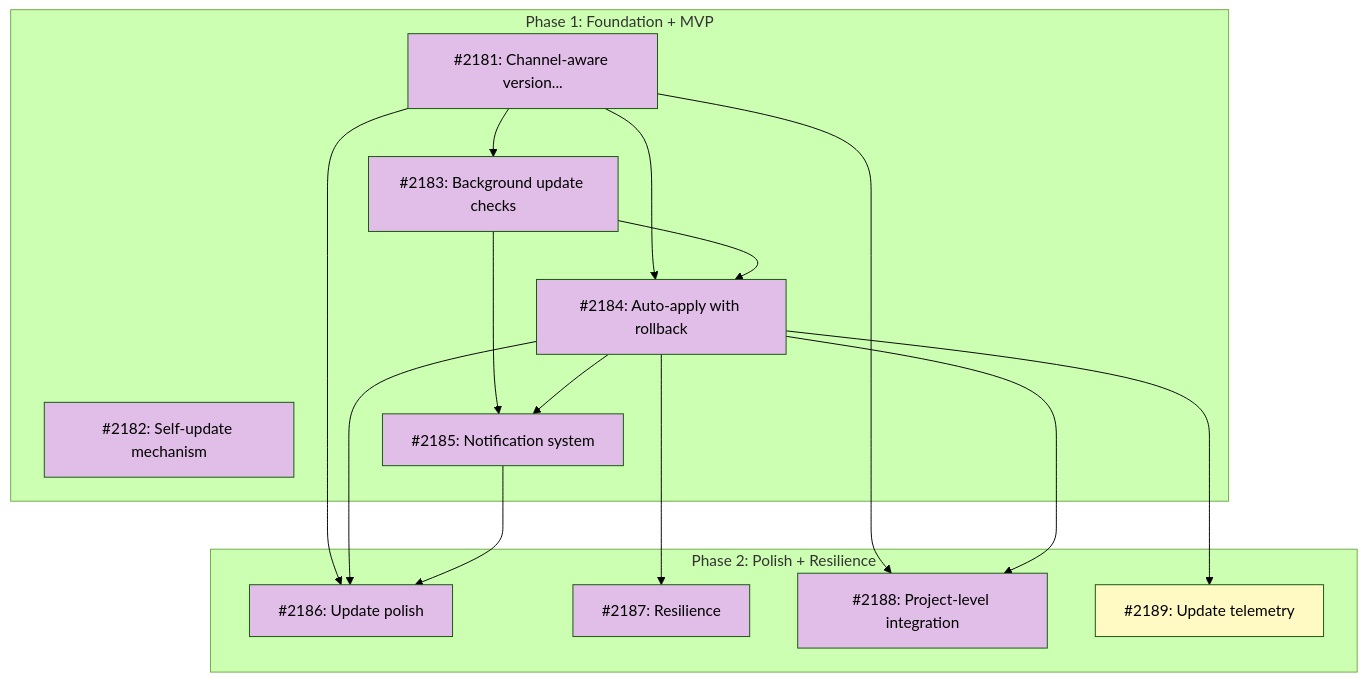
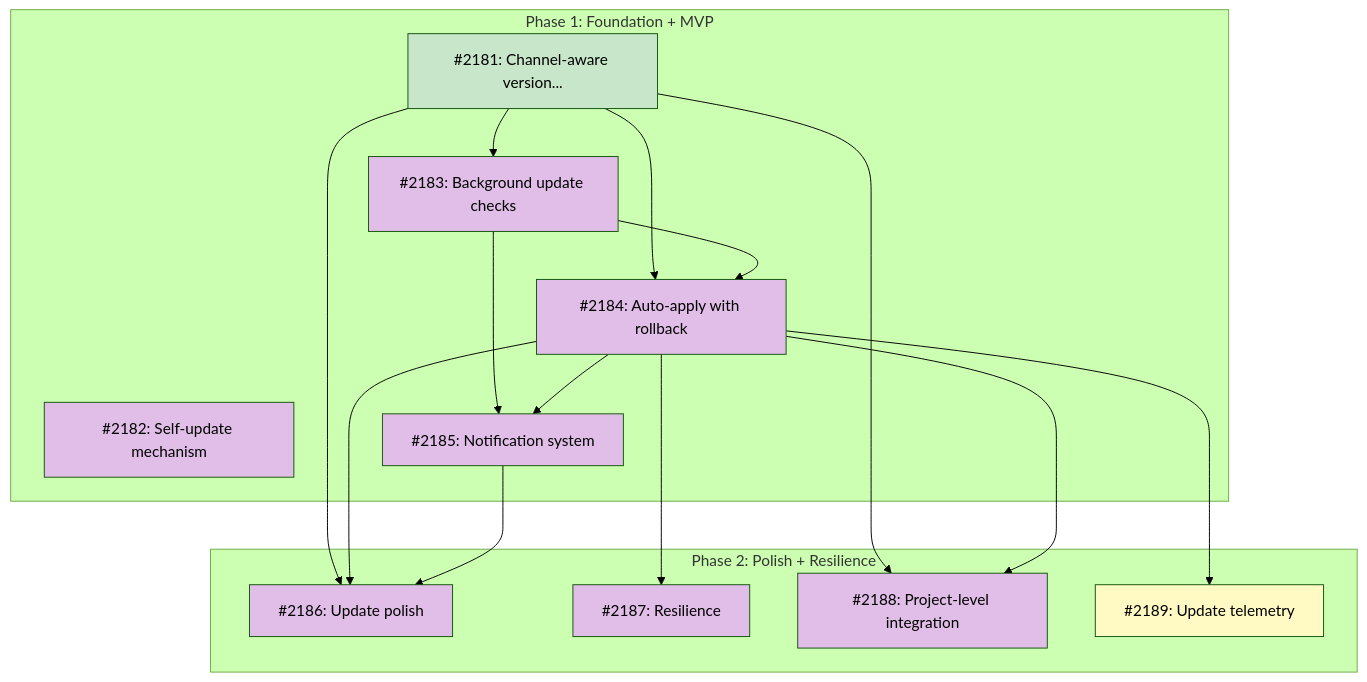
The diagram in docs/roadmaps/ROADMAP-auto-update.md (tsukumogami/tsuku), drawn with Mermaid (forest theme) before and after one commit. The commit also changed other lines of this file, not shown here.

Commit message:
docs(roadmap): mark Feature 1 (channel-aware resolution) as done

````diff
--- a/docs/roadmaps/ROADMAP-auto-update.md
+++ b/docs/roadmaps/ROADMAP-auto-update.md
@@ -149,44 +149,45 @@
 ```mermaid
 graph TD
     subgraph Phase1["Phase 1: Foundation + MVP"]
         I2181["#2181: Channel-aware version..."]
         I2182["#2182: Self-update mechanism"]
         I2183["#2183: Background update checks"]
         I2184["#2184: Auto-apply with rollback"]
         I2185["#2185: Notification system"]
     end
 
     subgraph Phase2["Phase 2: Polish + Resilience"]
         I2186["#2186: Update polish"]
         I2187["#2187: Resilience"]
         I2188["#2188: Project-level integration"]
         I2189["#2189: Update telemetry"]
     end
 
     I2181 --> I2183
     I2181 --> I2184
     I2183 --> I2184
     I2183 --> I2185
     I2184 --> I2185
     I2181 --> I2186
     I2184 --> I2186
     I2185 --> I2186
     I2184 --> I2187
     I2181 --> I2188
     I2184 --> I2188
     I2184 --> I2189
 
     classDef done fill:#c8e6c9
     classDef ready fill:#bbdefb
     classDef blocked fill:#fff9c4
     classDef needsDesign fill:#e1bee7
     classDef needsPrd fill:#b3e5fc
     classDef needsSpike fill:#ffcdd2
     classDef needsDecision fill:#d1c4e9
     classDef tracksDesign fill:#FFE0B2,stroke:#F57C00,color:#000
     classDef tracksPlan fill:#FFE0B2,stroke:#F57C00,color:#000
 
-    class I2181,I2182 needsDesign
-    class I2183,I2184,I2185,I2186,I2187,I2188 needsDesign
+    class I2181 done
+    class I2182,I2183 needsDesign
+    class I2184,I2185,I2186,I2187,I2188 needsDesign
     class I2189 blocked
 ```
````
